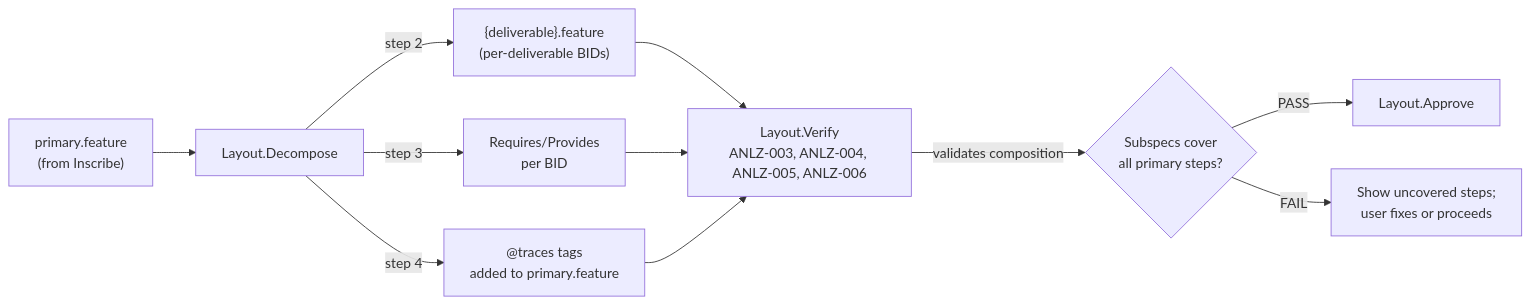
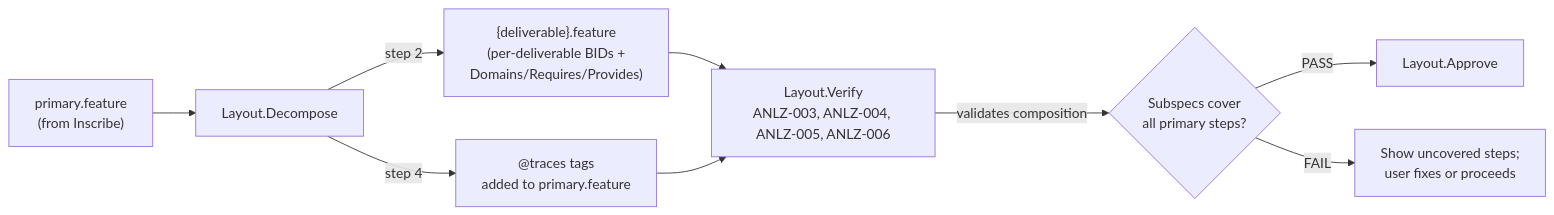
The third of 5 diagrams in docs/diagrams/diagrams.md (v0idbit/haileris), drawn with Mermaid before and after one commit. The commit also changed other lines of this file and 10 other files, not shown here.

````diff
--- a/docs/diagrams/diagrams.md
+++ b/docs/diagrams/diagrams.md
@@ -129,16 +132,14 @@
 ```mermaid
 flowchart LR
     PS_IN["primary.feature<br>(from Inscribe)"] --> DEC["Layout.Decompose"]
 
-    DEC -->|"step 2"| CS["{deliverable}.feature<br>(per-deliverable BIDs)"]
-    DEC -->|"step 3"| RP["Requires/Provides<br>per BID"]
+    DEC -->|"step 2"| CS["{deliverable}.feature<br>(per-deliverable BIDs +<br>Domains/Requires/Provides)"]
     DEC -->|"step 4"| TR["@traces tags<br>added to primary.feature"]
 
     CS --> V["Layout.Verify<br>ANLZ-003, ANLZ-004, ANLZ-005, ANLZ-006"]
-    RP --> V
     TR --> V
 
     V -->|"validates composition"| RESULT{"Subspecs cover<br>all primary steps?"}
     RESULT -->|PASS| AP["Layout.Approve"]
     RESULT -->|FAIL| FIX["Show uncovered steps;<br>user fixes or proceeds"]
 ```
````
